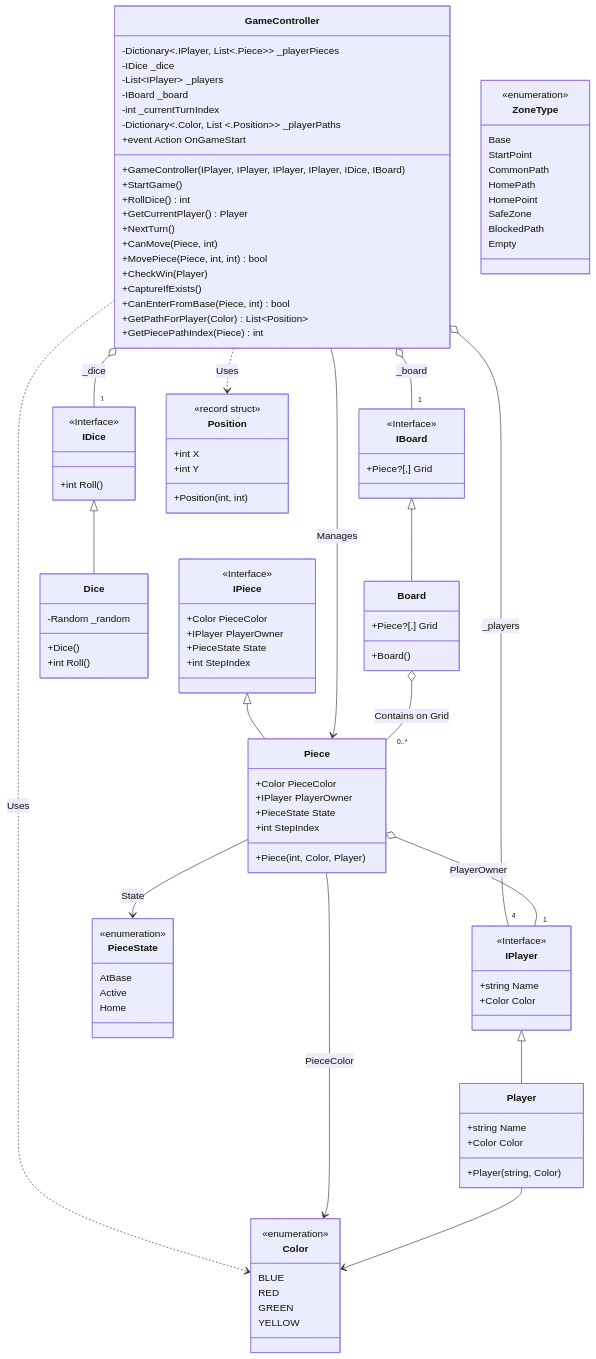
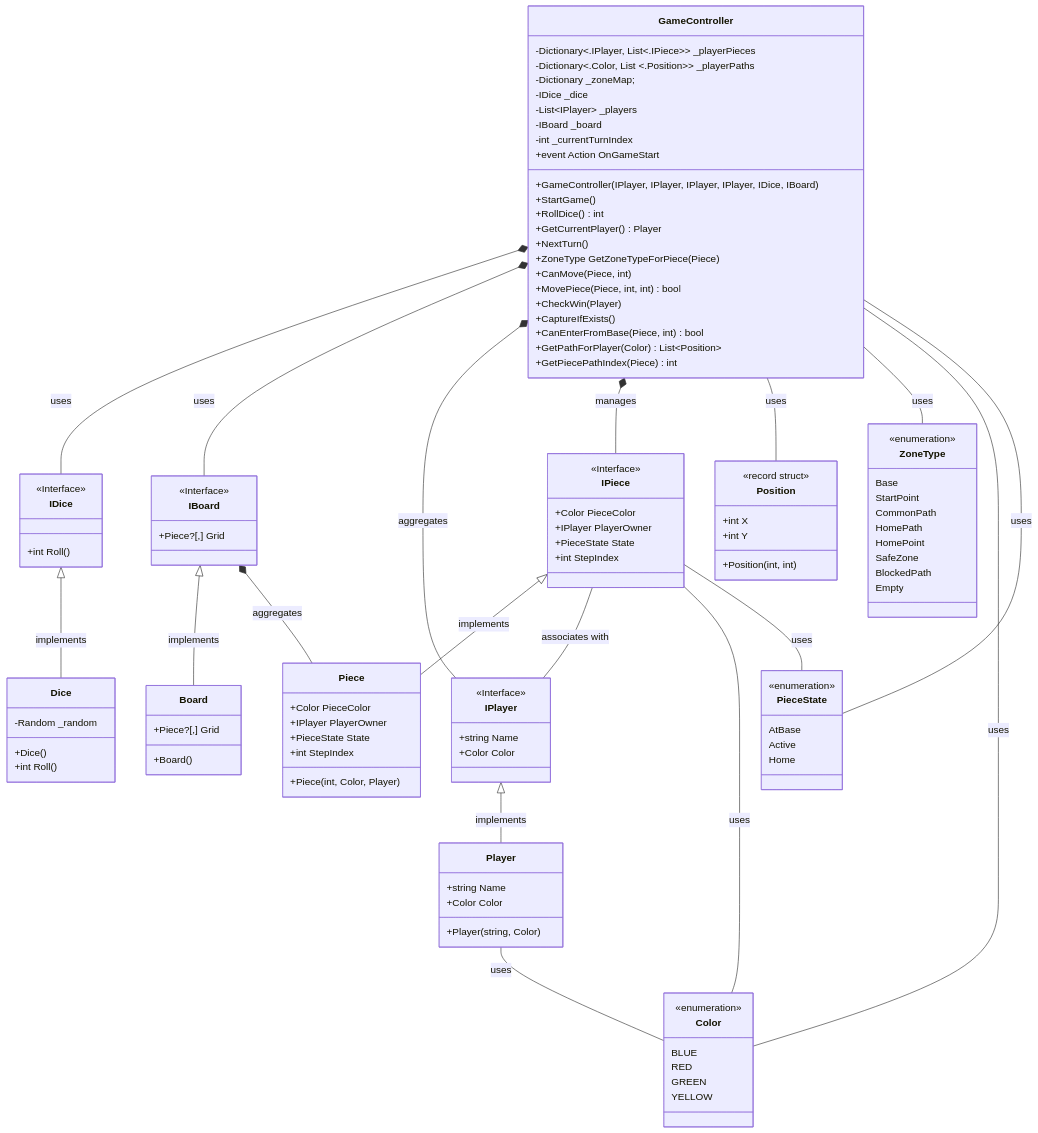
Before and after one commit to Masdikaa/Masdika-Bootcamp-SE-Formulatrix: the diagram in Ludo/LudoGame/NewDiagram.mmd, drawn with Mermaid. The commit also changed 9 other files, not shown here.

```diff
--- a/Ludo/LudoGame/NewDiagram.mmd
+++ b/Ludo/LudoGame/NewDiagram.mmd
@@ -1,182 +1,156 @@
 classDiagram
 
     %% === GameController ===
     class GameController {
-        -Dictionary<.IPlayer, List<.Piece>> _playerPieces
+        -Dictionary<.IPlayer, List<.IPiece>> _playerPieces
+        -Dictionary<.Color, List <.Position>> _playerPaths
+        -Dictionary<Position, ZoneType> _zoneMap;
         -IDice _dice
         -List~IPlayer~ _players
         -IBoard _board
         -int _currentTurnIndex
-        -Dictionary<.Color, List <.Position>> _playerPaths
         +event Action OnGameStart
 
         +GameController(IPlayer, IPlayer, IPlayer, IPlayer, IDice, IBoard)
         +StartGame()
         +RollDice() int
         +GetCurrentPlayer() Player
         +NextTurn()
+        +ZoneType GetZoneTypeForPiece(Piece)
         +CanMove(Piece, int)
         +MovePiece(Piece, int, int) bool
         +CheckWin(Player)
         +CaptureIfExists()
         +CanEnterFromBase(Piece, int) bool
         +GetPathForPlayer(Color) List~Position~
         +GetPiecePathIndex(Piece) int
     }
 
     %% === IPlayer & Player ===
     class IPlayer {
         <<Interface>>
         +string Name
         +Color Color
     }
 
     class Player {
         +string Name
         +Color Color
         +Player(string, Color)
     }
 
     %% === Piece ===
     class IPiece {
         <<Interface>>
         +Color PieceColor 
         +IPlayer PlayerOwner 
         +PieceState State
         +int StepIndex
     }
 
     class Piece {
         +Color PieceColor 
         +IPlayer PlayerOwner 
         +PieceState State
         +int StepIndex
         +Piece(int, Color, Player)
     }
 
     %% === IDice & Dice ===
     class IDice {
         <<Interface>>
         +int Roll()
     }
 
     class Dice {
         -Random _random
         +Dice()
         +int Roll()
     }
 
     %% === IBoard & Board ===
     class IBoard {
         <<Interface>>
         +Piece?[,] Grid
     }
 
     class Board {
         +Piece?[,] Grid 
         +Board()
     }
 
     %% === Supporting Types ===
     class Position {
         <<record struct>>
         +int X
         +int Y
         +Position(int, int)
     }
 
     class PieceState {
         <<enumeration>>
         AtBase
         Active
         Home
     }
 
     class ZoneType {
         <<enumeration>>
         Base
         StartPoint
         CommonPath
         HomePath
         HomePoint
         SafeZone
         BlockedPath
         Empty
     }
 
     class Color {
         <<enumeration>>
         BLUE
         RED
         GREEN
         YELLOW
     }
 
-    %% GameController *-- IDice
-    %% GameController *-- IPlayer
-    %% GameController --> Piece
-    %% GameController *-- IBoard
+
+    %% GameController o-- Color
+    %% GameController o-- Position
+    %% GameController o-- ZoneType
 
     %% IPlayer <|.. Player
-    %% IDice <|.. Dice
-    %% IBoard <|.. Board
+    %% IBoard  <|.. Board
+    %% IPiece  <|.. Piece
+    %% IDice   <|.. Dice
 
-    %% Piece --> Color 
-    %% IPlayer *-- Color
-    %% Player *-- Color
-    
-    %% Board --> Piece
-    %% GameController --> Position
-    %% GameController --> ZoneType
-    %% GameController --> PieceState
+    %% GameController *.. IPlayer
+    %% GameController *.. IBoard
+    %% GameController *.. IDice
+    %% GameController *.. IPiece
 
-    %% Piece --> PieceState
-    %% IPiece <|.. Piece
-    %% GameController --> IPiece
-    %% IPiece -- IPlayer
-    %% IPlayer -- Piece
+    %% IPiece --> PieceState
 
-    %% ========================
+    %% Color <-- IPiece
 
-    %% IPiece <|.. Piece
-    %% IDice <|.. Dice
-    %% IBoard <|.. Board
-    %% IPlayer <|.. Player
+    GameController  *--  IDice : uses
+    GameController  *--  IBoard : uses
+    GameController  *--  IPlayer : aggregates
+    GameController  *--  IPiece : manages
+    GameController -- Position : uses
+    GameController -- ZoneType : uses
+    GameController -- Color : uses
+    GameController -- PieceState : uses
 
-    %% GameController *-- IDice
-    %% GameController *-- IPiece
-    %% GameController *-- IBoard
-    %% GameController *-- IPlayer
+    IPlayer <|-- Player : implements
+    Player -- Color : uses
 
-    %% IPiece -- PieceState
-    %% Piece -- IBoard
-    %% GameController -- Color
-    %% IPlayer -- Color
+    IPiece <|-- Piece : implements
+    IPiece -- IPlayer : associates with
+    IPiece -- Color : uses
+    IPiece -- PieceState : uses
 
-    %% GameController -- Position
+    IDice <|-- Dice : implements
 
-    %% === Relationships ===
-    
-    %% Implementation (Inheritance)
-    IPlayer <|-- Player
-    IPiece <|-- Piece
-    IDice <|-- Dice
-    IBoard <|-- Board
-
-    %% Aggregation (GameController "has-a" components)
-    GameController o-- "4" IPlayer : _players
-    GameController o-- "1" IDice : _dice
-    GameController o-- "1" IBoard : _board
-
-    %% Association & Dependency
-    GameController --> Piece : Manages
-    GameController ..> Position : Uses
-    GameController ..> Color : Uses
-    
-    Board o-- "0..*" Piece : Contains on Grid
-    
-    Piece o-- "1" IPlayer : PlayerOwner
-    Piece --> Color : PieceColor
-    Piece --> PieceState : State
-    
-    Player --> Color
+    IBoard <|-- Board : implements
+    IBoard *-- Piece : aggregates
```
